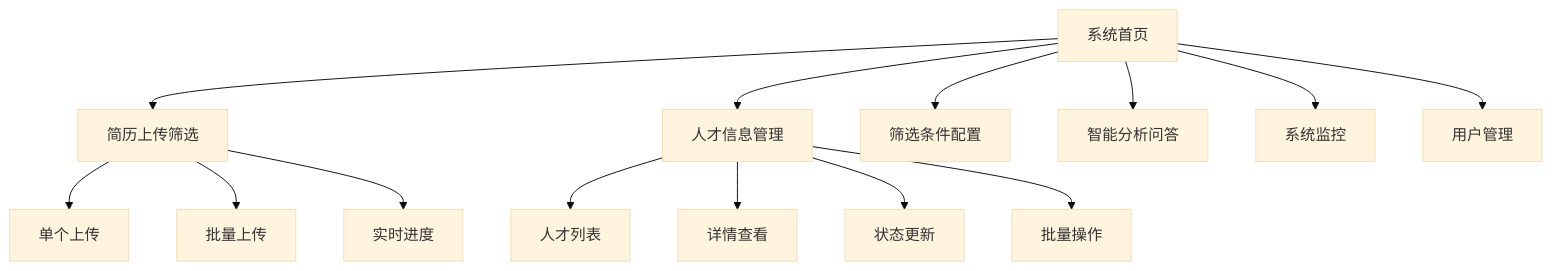
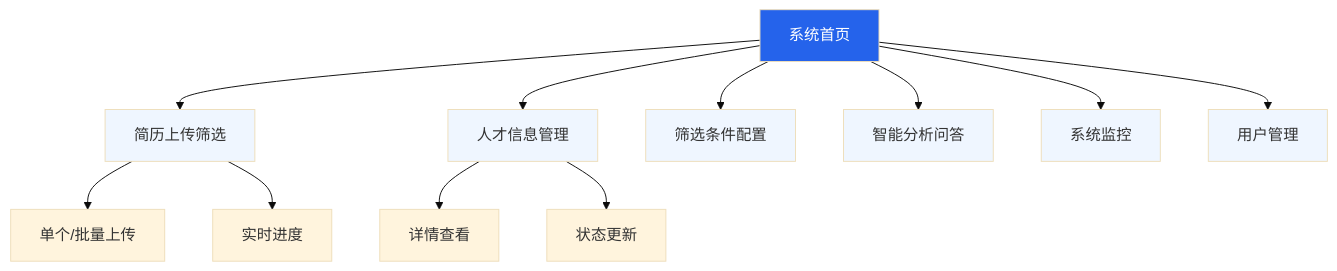
One commit to xt765/ResumeScreening changed the second of 8 diagrams in docs/usage.md. Above: the diagram before and after it, drawn with Mermaid (base theme). The commit also changed other lines of this file and 5 other files, not shown here.

Commit message:
refactor: remove similarity score and update documentation diagrams

````diff
--- a/docs/usage.md
+++ b/docs/usage.md
@@ -33,18 +37,23 @@
 ```mermaid
-graph TB
-    A[系统首页] --> B[简历上传筛选]
-    A --> C[人才信息管理]
-    A --> D[筛选条件配置]
-    A --> E[智能分析问答]
-    A --> F[系统监控]
-    A --> G[用户管理]
+graph TD
+    Home[系统首页] --> Resume[简历上传筛选]
+    Home --> Talent[人才信息管理]
+    Home --> Config[筛选条件配置]
+    Home --> Analysis[智能分析问答]
+    Home --> Monitor[系统监控]
+    Home --> UserMgt[用户管理]
     
-    B --> B1[单个上传]
-    B --> B2[批量上传]
-    B --> B3[实时进度]
+    Resume --> R1[单个/批量上传]
+    Resume --> R2[实时进度]
     
-    C --> C1[人才列表]
-    C --> C2[详情查看]
-    C --> C3[状态更新]
-    C --> C4[批量操作]
+    Talent --> T1[详情查看]
+    Talent --> T2[状态更新]
+    
+    style Home fill:#2563eb,color:#fff
+    style Resume fill:#eff6ff
+    style Talent fill:#eff6ff
+    style Config fill:#eff6ff
+    style Analysis fill:#eff6ff
+    style Monitor fill:#eff6ff
+    style UserMgt fill:#eff6ff
 ```
````
